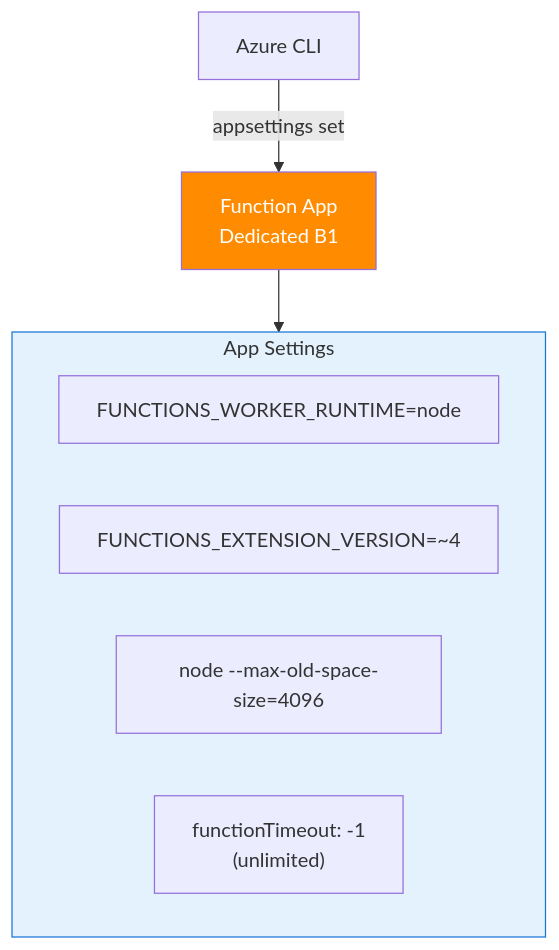
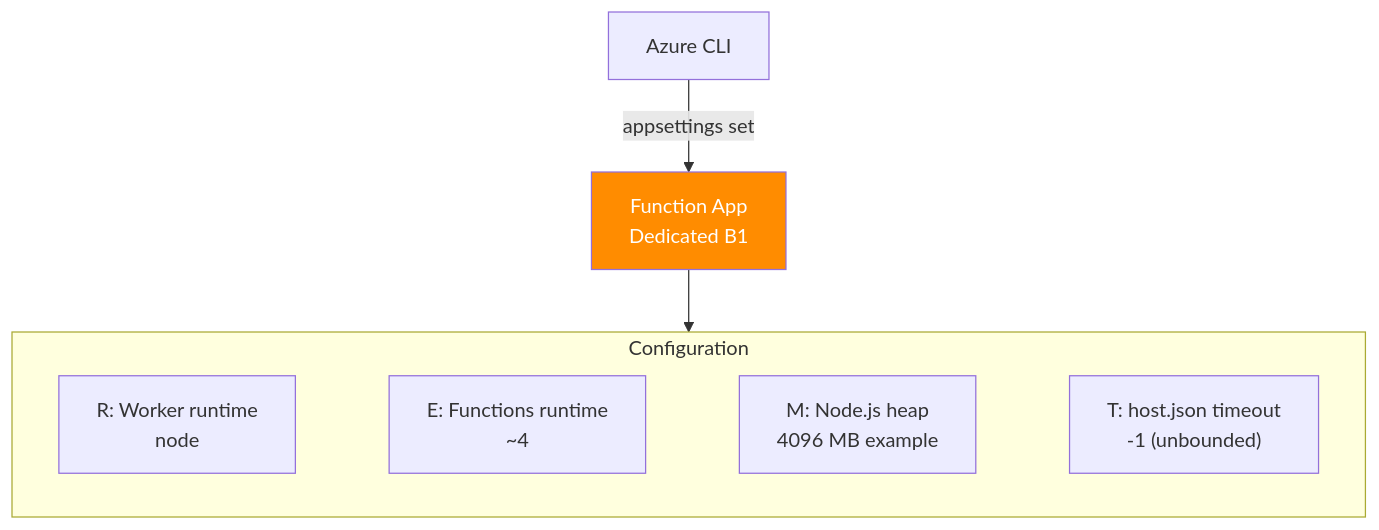
The diagram in docs/language-guides/nodejs/tutorial/dedicated/03-configuration.md (yeongseon/azure-functions-practical-guide), drawn with Mermaid before and after one commit. The commit also changed other lines of this file and 4 other files, not shown here.

First line of the commit message:
docs(diagrams): clarify Node.js configuration tutorial figures (#509)

````diff
--- a/docs/language-guides/nodejs/tutorial/dedicated/03-configuration.md
+++ b/docs/language-guides/nodejs/tutorial/dedicated/03-configuration.md
@@ -51,16 +54,21 @@
 ```mermaid
 flowchart TD
+    accTitle: Node.js Dedicated B1 configuration categories
+    accDescr: Azure CLI updates app settings on the Dedicated B1 app. The configuration group also lists Node.js heap tuning and the separate host.json timeout; R, E, M and T refer to the adjacent key.
     CLI[Azure CLI] -->|appsettings set| FA[Function App\nDedicated B1]
 
-    subgraph CONFIG["App Settings"]
-        RT["FUNCTIONS_WORKER_RUNTIME=node"]
-        EXT["FUNCTIONS_EXTENSION_VERSION=~4"]
-        MEM["node --max-old-space-size=4096"]
-        TIMEOUT["functionTimeout: -1\n(unlimited)"]
+    subgraph CONFIG["Configuration"]
+        RT["R: Worker runtime<br/>node"]
+        EXT["E: Functions runtime<br/>~4"]
+        MEM["M: Node.js heap<br/>4096 MB example"]
+        TIMEOUT["T: host.json timeout<br/>-1 (unbounded)"]
+        %% Layout-only links tier categories; they add no configuration steps or semantic arrows.
+        RT ~~~ EXT
+        EXT ~~~ MEM
+        MEM ~~~ TIMEOUT
     end
 
     FA --> CONFIG
 
     style FA fill:#ff8c00,color:#fff
-    style CONFIG fill:#E3F2FD,stroke:#1976D2
 ```
````
